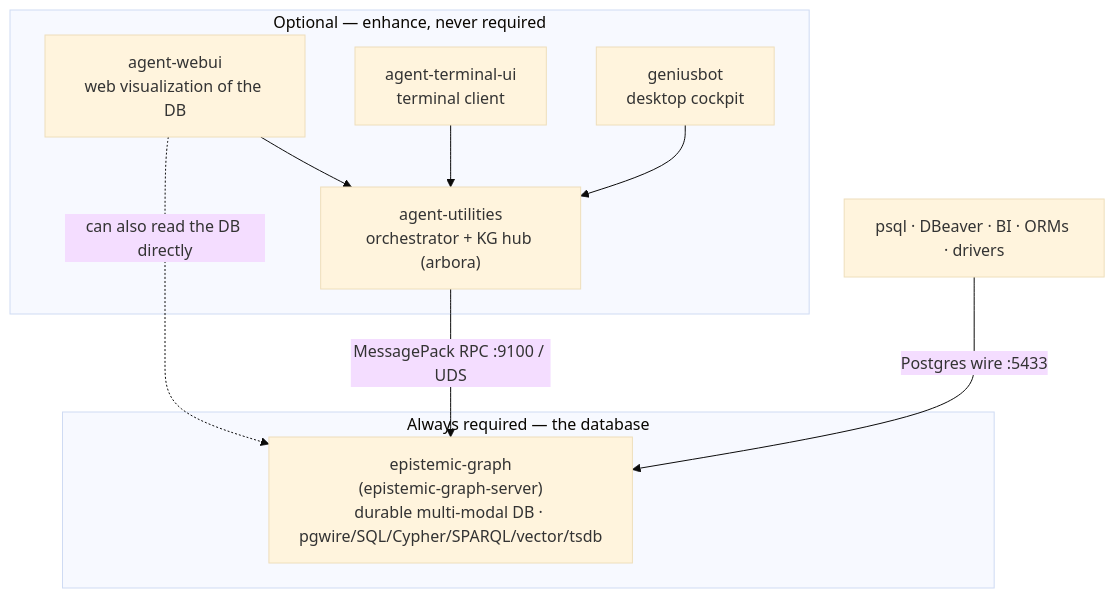
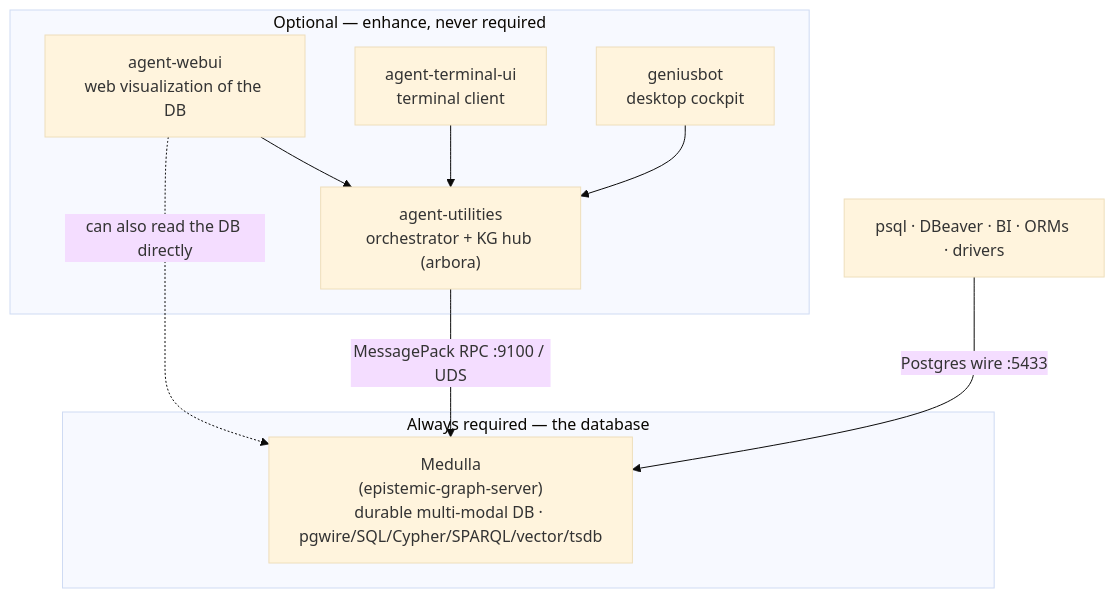
The diagram in docs/deployment_topology.md (Knuckles-Team/epistemic-graph), drawn with Mermaid (base theme) before and after one commit. The commit also changed other lines of this file and 59 other files, not shown here.

````diff
--- a/docs/deployment_topology.md
+++ b/docs/deployment_topology.md
@@ -9,20 +9,20 @@
 ```mermaid
 flowchart TD
     subgraph Core["Always required — the database"]
-        EG["epistemic-graph<br/>(epistemic-graph-server)<br/>durable multi-modal DB · pgwire/SQL/Cypher/SPARQL/vector/tsdb"]
+        EG["Medulla<br/>(epistemic-graph-server)<br/>durable multi-modal DB · pgwire/SQL/Cypher/SPARQL/vector/tsdb"]
     end
 
     subgraph Optional["Optional — enhance, never required"]
         AU["agent-utilities<br/>orchestrator + KG hub (arbora)"]
         WEBUI["agent-webui<br/>web visualization of the DB"]
         TUI["agent-terminal-ui<br/>terminal client"]
         GBOT["geniusbot<br/>desktop cockpit"]
     end
 
     SQL["psql · DBeaver · BI · ORMs · drivers"] -->|Postgres wire :5433| EG
     AU -->|MessagePack RPC :9100 / UDS| EG
     WEBUI --> AU
     TUI --> AU
     GBOT --> AU
     WEBUI -. can also read the DB directly .-> EG
 ```
````
